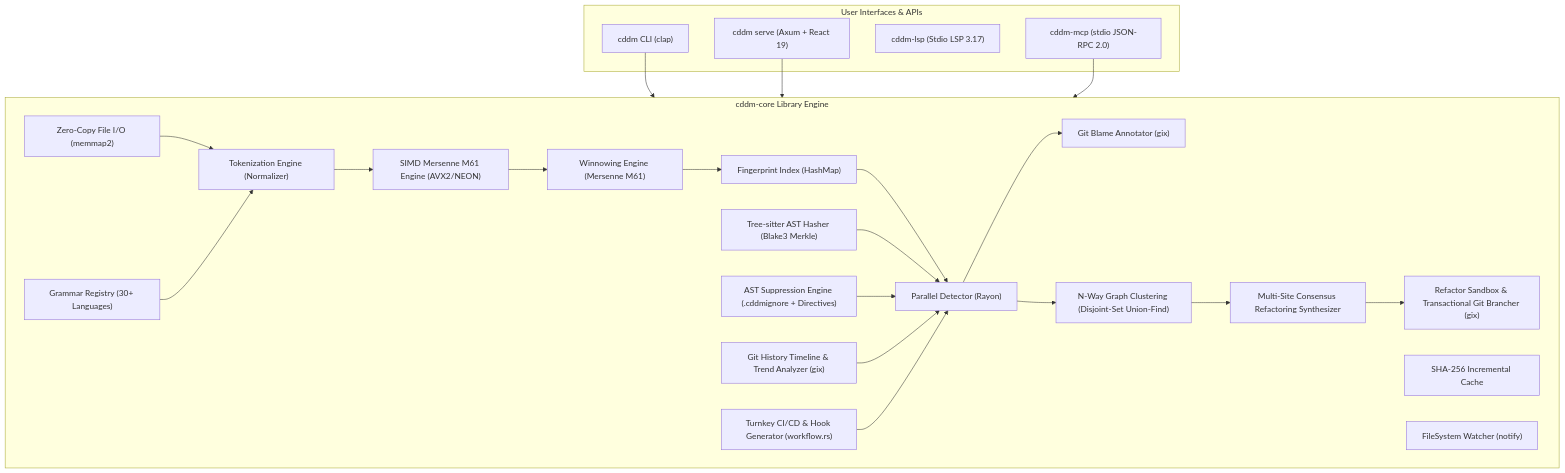
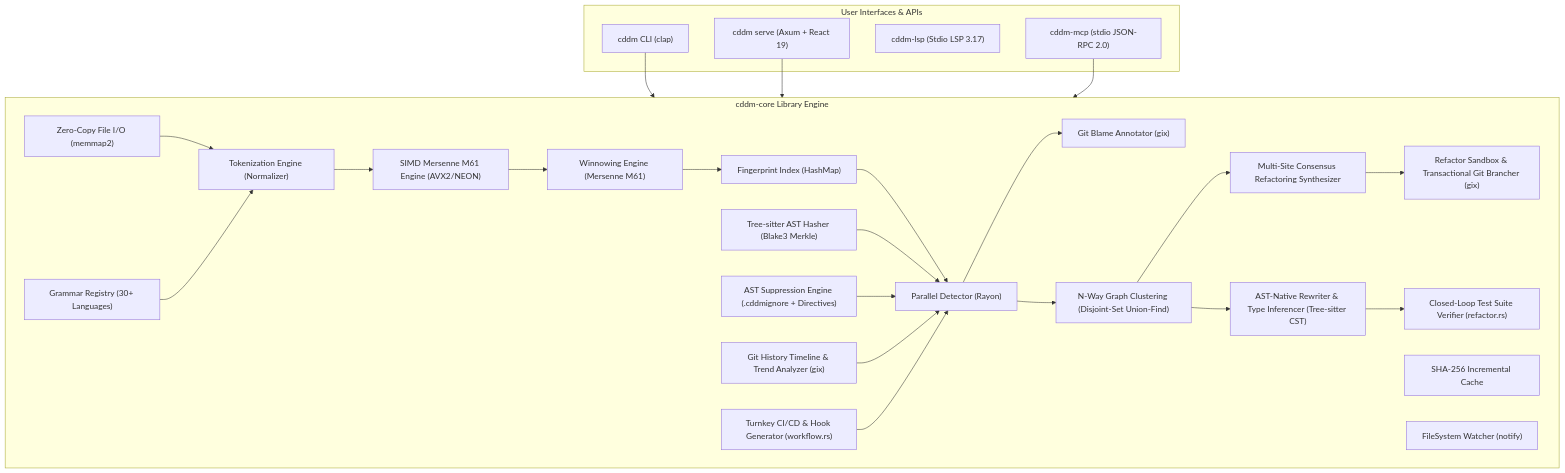
The first of 2 diagrams in docs/ARCHITECTURE.md (GrigorTonikyan/cddm), drawn with Mermaid before and after one commit. The commit also changed 27 other files, not shown here.

Commit message:
feat(core): implement AST rewrite engine and test verification

````diff
--- a/docs/ARCHITECTURE.md
+++ b/docs/ARCHITECTURE.md
@@ -7,48 +7,52 @@
 ```mermaid
 graph TD
     subgraph UI ["User Interfaces & APIs"]
         CLI["cddm CLI (clap)"]
         Serve["cddm serve (Axum + React 19)"]
         LSP["cddm-lsp (Stdio LSP 3.17)"]
         MCP["cddm-mcp (stdio JSON-RPC 2.0)"]
     end
 
     subgraph Core ["cddm-core Library Engine"]
         IO["Zero-Copy File I/O (memmap2)"]
         Grammar["Grammar Registry (30+ Languages)"]
         Tokenizer["Tokenization Engine (Normalizer)"]
         SIMD["SIMD Mersenne M61 Engine (AVX2/NEON)"]
         Winnow["Winnowing Engine (Mersenne M61)"]
         AST["Tree-sitter AST Hasher (Blake3 Merkle)"]
         Index["Fingerprint Index (HashMap)"]
         Detector["Parallel Detector (Rayon)"]
         Suppression["AST Suppression Engine (.cddmignore + Directives)"]
         Blame["Git Blame Annotator (gix)"]
         Cluster["N-Way Graph Clustering (Disjoint-Set Union-Find)"]
         Refactor["Multi-Site Consensus Refactoring Synthesizer"]
+        AstRewrite["AST-Native Rewriter & Type Inferencer (Tree-sitter CST)"]
+        VerifyEngine["Closed-Loop Test Suite Verifier (refactor.rs)"]
         Sandbox["Refactor Sandbox & Transactional Git Brancher (gix)"]
         Timeline["Git History Timeline & Trend Analyzer (gix)"]
         Workflow["Turnkey CI/CD & Hook Generator (workflow.rs)"]
         Cache["SHA-256 Incremental Cache"]
         Watcher["FileSystem Watcher (notify)"]
     end
 
     CLI --> Core
     Serve --> Core
     MCP --> Core
 
     IO --> Tokenizer
     Grammar --> Tokenizer
     Tokenizer --> SIMD
     SIMD --> Winnow
     Winnow --> Index
     Index --> Detector
     AST --> Detector
     Suppression --> Detector
     Detector --> Blame
     Detector --> Cluster
     Cluster --> Refactor
+    Cluster --> AstRewrite
     Refactor --> Sandbox
+    AstRewrite --> VerifyEngine
     Timeline --> Detector
     Workflow --> Detector
 ```
````
